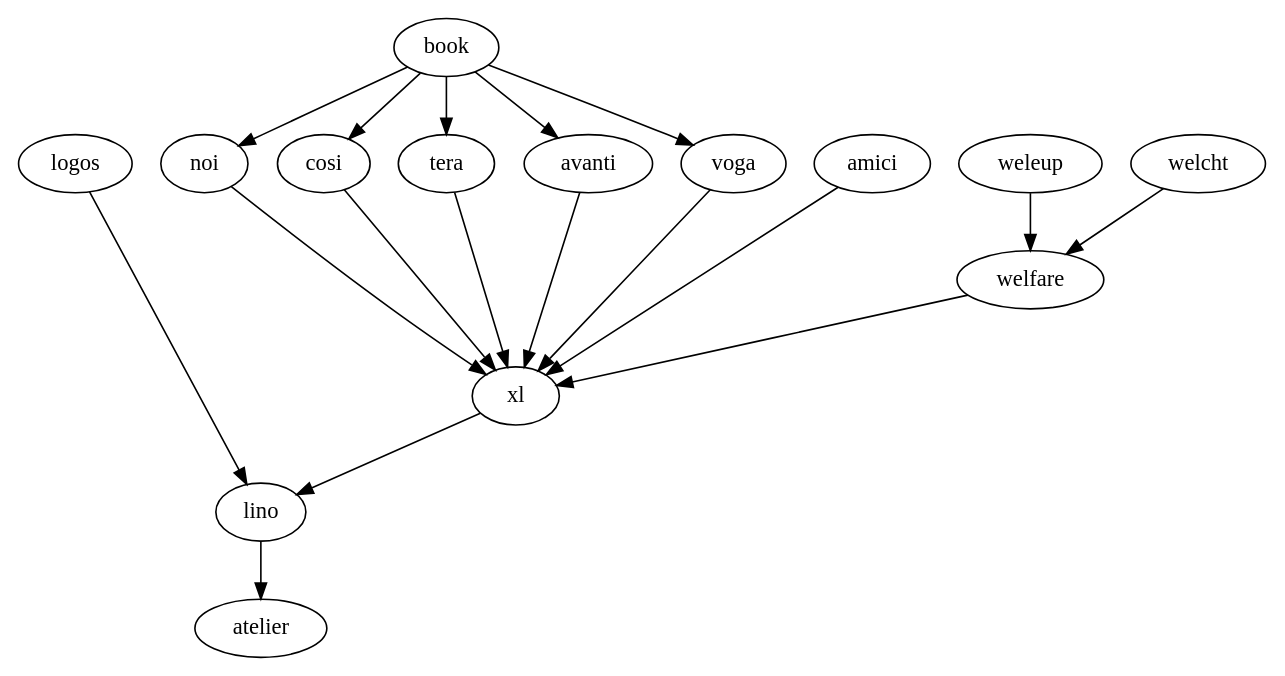
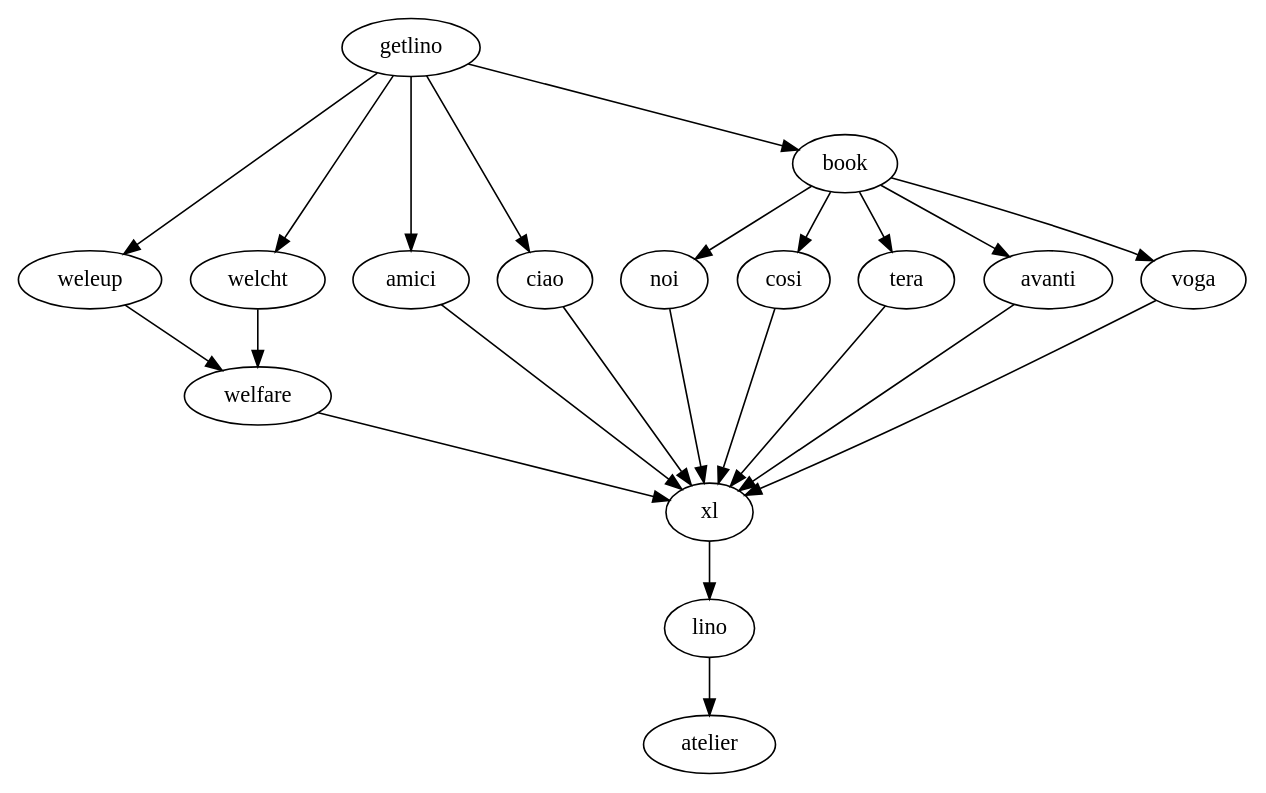
One commit to lino-framework/book changed the diagram in docs/dev/overview.rst. Above: the diagram before and after it, drawn with Graphviz. The commit also changed 8 other files, not shown here.

Commit message:
http://luc.lino-framework.org/blog/2019/1202.html

```diff
--- a/docs/dev/overview.rst
+++ b/docs/dev/overview.rst
@@ -105,51 +115,6 @@
 .. graphviz::
 
    digraph foo {
-
-    /**
-    {
-       node [shape=plaintext, fontsize=16];
-       documentation ->
-       "independent applications" ->
-       applications -> framework -> utilities;
-    }
-
-    { rank = same;
-        applications;
-        lino_noi;
-        lino_cosi;
-        lino_tera;
-        lino_avanti;
-    }
-
-    { rank = same;
-        utilities;
-        atelier;
-        commondata;
-    }
-
-    { rank = same;
-        documentation;
-        lino_book;
-    }
-
-    { rank = same;
-        "independent applications";
-        lino_voga;
-        lino_weleup;
-        lino_welcht;
-    }
-    **/
-
-    /**
-
-    { rank = same;
-        framework;
-        lino;
-        lino_xl;
-    }
-
-    **/
 
     { rank = same;
         # applications;
@@ -158,21 +123,21 @@
         tera;
         avanti;
         voga;
-        logos
         weleup;
         welcht;
         amici;
+        ciao;
     }
 
     lino -> atelier;
     xl -> lino;
-    logos -> lino;
     noi -> xl;
     cosi -> xl;
     tera -> xl;
     avanti -> xl;
     voga -> xl;
     amici -> xl;
+    ciao -> xl;
     weleup -> welfare;
     welcht -> welfare;
 
@@ -186,4 +151,10 @@
 
     welfare -> xl;
 
+    getlino -> book;
+    getlino -> amici;
+    getlino -> ciao;
+    getlino -> weleup;
+    getlino -> welcht;
+
    }
```
